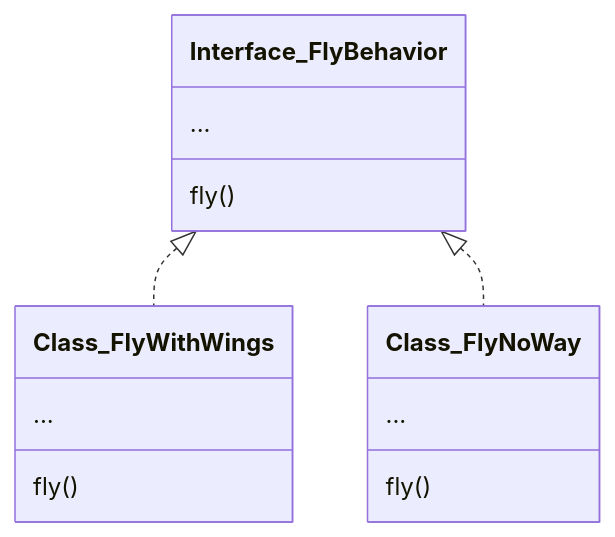
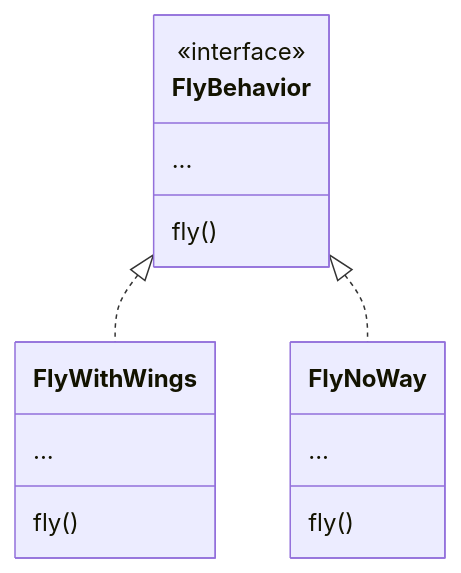
One commit to lisa-lumos/design-patterns changed the fourth of 6 diagrams in 01-intro.md. Above: the diagram before and after it, drawn with Mermaid. The commit also changed other lines of this file, not shown here.

````diff
--- a/01-intro.md
+++ b/01-intro.md
@@ -151,17 +153,18 @@
 ```mermaid
 classDiagram
-  Interface_FlyBehavior <|.. Class_FlyWithWings
-  Interface_FlyBehavior <|.. Class_FlyNoWay
-  class Interface_FlyBehavior {
+  FlyBehavior <|.. FlyWithWings
+  FlyBehavior <|.. FlyNoWay
+  class FlyBehavior {
+    <<interface>> 
     ...
     fly()
   }
-  class Class_FlyWithWings{
+  class FlyWithWings{
     ...
     fly()
   }
-  class Class_FlyNoWay{
+  class FlyNoWay{
     ...
     fly()
   }
 ```
````
